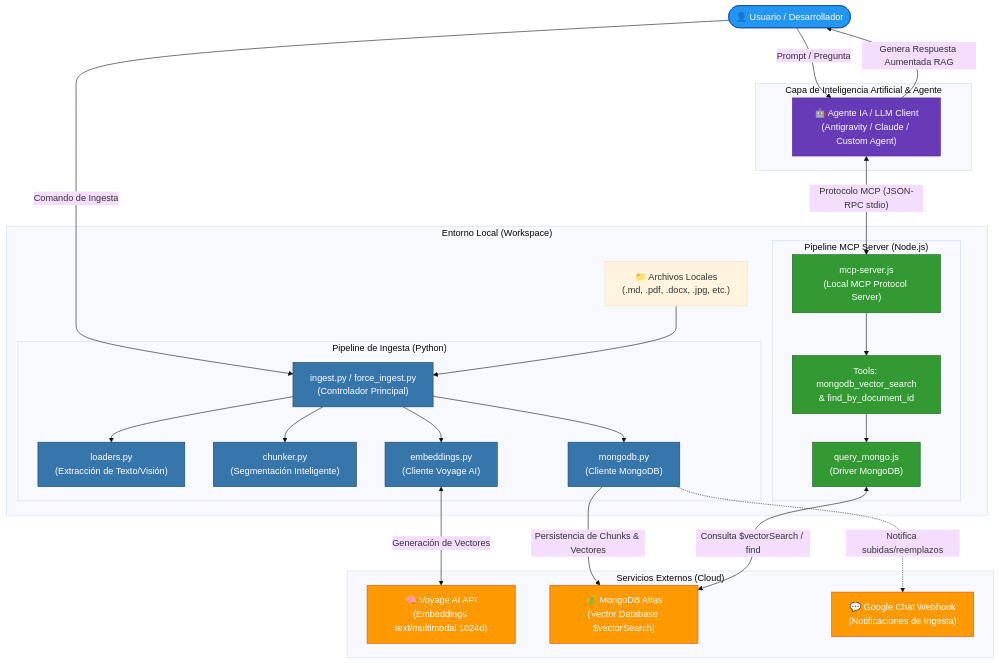
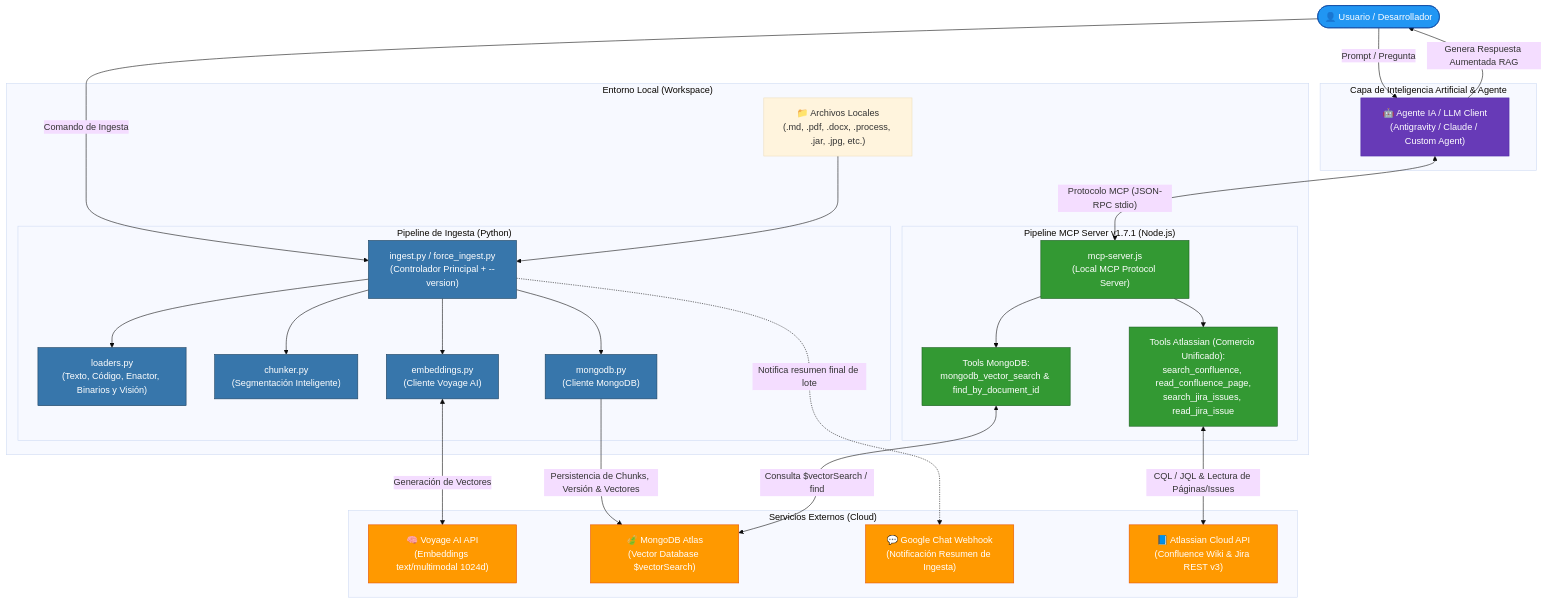
The first of 3 diagrams in README.md (jacolinv/mongodb-vector-skill), drawn with Mermaid (base theme) before and after one commit. The commit also changed other lines of this file and 6 other files, not shown here.

Commit message:
Release v1.7.1: Scoped API Tokens support, Comercio Unificado space/project enforcement, and Diataxis manual

````diff
--- a/README.md
+++ b/README.md
@@ -86,67 +112,70 @@
 ```mermaid
 flowchart TD
     User(["👤 Usuario / Desarrollador"])
 
     subgraph AIAgentLayer ["Capa de Inteligencia Artificial & Agente"]
         Agent["🤖 Agente IA / LLM Client<br/>(Antigravity / Claude / Custom Agent)"]
     end
 
     subgraph EntornoLocal ["Entorno Local (Workspace)"]
-        Archivos["📁 Archivos Locales<br/>(.md, .pdf, .docx, .jpg, etc.)"]
+        Archivos["📁 Archivos Locales<br/>(.md, .pdf, .docx, .process, .jar, .jpg, etc.)"]
         
         subgraph PipelineIngesta ["Pipeline de Ingesta (Python)"]
-            Ingest["ingest.py / force_ingest.py<br/>(Controlador Principal)"]
-            Loaders["loaders.py<br/>(Extracción de Texto/Visión)"]
+            Ingest["ingest.py / force_ingest.py<br/>(Controlador Principal + --version)"]
+            Loaders["loaders.py<br/>(Texto, Código, Enactor, Binarios y Visión)"]
             Chunker["chunker.py<br/>(Segmentación Inteligente)"]
             EmbeddingsPy["embeddings.py<br/>(Cliente Voyage AI)"]
             MongoPy["mongodb.py<br/>(Cliente MongoDB)"]
             
             Ingest --> Loaders
             Ingest --> Chunker
             Ingest --> EmbeddingsPy
             Ingest --> MongoPy
         end
         
-        subgraph PipelineBusqueda ["Pipeline MCP Server (Node.js)"]
+        subgraph PipelineBusqueda ["Pipeline MCP Server v1.7.1 (Node.js)"]
             MCP["mcp-server.js<br/>(Local MCP Protocol Server)"]
-            Tools["Tools: mongodb_vector_search<br/>& find_by_document_id"]
-            QueryJS["query_mongo.js<br/>(Driver MongoDB)"]
+            ToolsMongo["Tools MongoDB:<br/>mongodb_vector_search & find_by_document_id"]
+            ToolsAtlassian["Tools Atlassian (Comercio Unificado):<br/>search_confluence, read_confluence_page,<br/>search_jira_issues, read_jira_issue"]
             
-            MCP --> Tools --> QueryJS
+            MCP --> ToolsMongo
+            MCP --> ToolsAtlassian
         end
     end
     
     subgraph CloudServices ["Servicios Externos (Cloud)"]
         VoyageAI["🧠 Voyage AI API<br/>(Embeddings text/multimodal 1024d)"]
         MongoDB["🍃 MongoDB Atlas<br/>(Vector Database $vectorSearch)"]
-        GoogleChat["💬 Google Chat Webhook<br/>(Notificaciones de Ingesta)"]
+        GoogleChat["💬 Google Chat Webhook<br/>(Notificación Resumen de Ingesta)"]
+        AtlassianCloud["📘 Atlassian Cloud API<br/>(Confluence Wiki & Jira REST v3)"]
     end
 
     %% Interacciones Usuario / Agente
     User -->|"Prompt / Pregunta"| Agent
     User -->|"Comando de Ingesta"| Ingest
     Agent <-->|"Protocolo MCP (JSON-RPC stdio)"| MCP
     Agent -->|"Genera Respuesta Aumentada RAG"| User
 
     %% Ingesta
     Archivos --> Ingest
     EmbeddingsPy <-->|"Generación de Vectores"| VoyageAI
-    MongoPy -->|"Persistencia de Chunks & Vectores"| MongoDB
-    MongoPy -.->|"Notifica subidas/reemplazos"| GoogleChat
+    MongoPy -->|"Persistencia de Chunks, Versión & Vectores"| MongoDB
+    Ingest -.->|"Notifica resumen final de lote"| GoogleChat
     
-    %% Búsqueda
-    QueryJS <-->|"Consulta $vectorSearch / find"| MongoDB
+    %% Búsqueda y Atlassian
+    ToolsMongo <-->|"Consulta $vectorSearch / find"| MongoDB
+    ToolsAtlassian <-->|"CQL / JQL & Lectura de Páginas/Issues"| AtlassianCloud
 
     %% Estilos
     classDef agent fill:#673AB7,color:white,stroke:#512DA8;
     classDef python fill:#3776AB,color:white,stroke:#1E415E;
     classDef nodejs fill:#339933,color:white,stroke:#1B5E20;
     classDef cloud fill:#FF9900,color:white,stroke:#E65100;
     classDef user fill:#2196F3,color:white,stroke:#0D47A1;
     
     class Agent agent;
     class Ingest,Loaders,Chunker,EmbeddingsPy,MongoPy python;
-    class MCP,Tools,QueryJS nodejs;
-    class VoyageAI,MongoDB,GoogleChat cloud;
+    class MCP,ToolsMongo,ToolsAtlassian nodejs;
+    class VoyageAI,MongoDB,GoogleChat,AtlassianCloud cloud;
     class User user;
 ```
````
